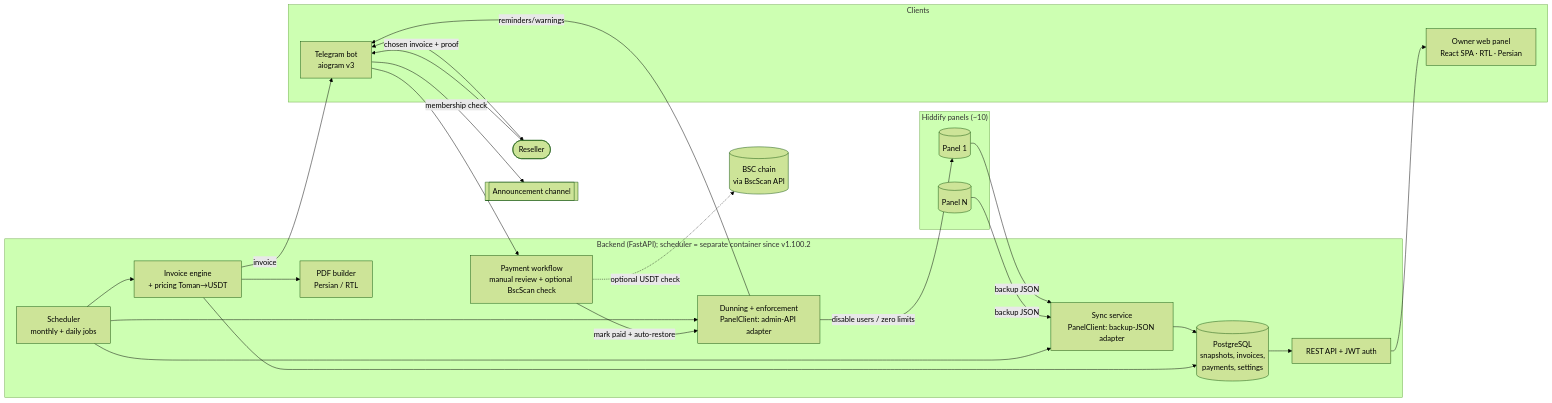
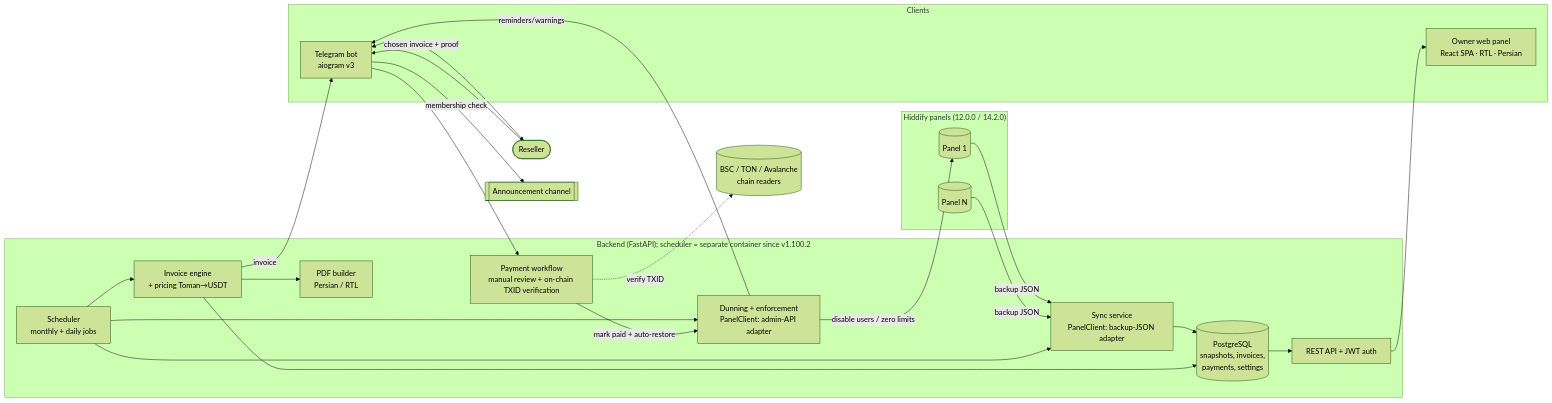
Before and after one commit to Alighaemi9731/hiddify-invoice-system: the first of 3 diagrams in docs/ARCHITECTURE.md, drawn with Mermaid (forest theme). The commit also changed other lines of this file and 1 other file, not shown here.

Commit message:
docs(architecture): align payment and worker diagrams with production - v1.129.2

````diff
--- a/docs/ARCHITECTURE.md
+++ b/docs/ARCHITECTURE.md
@@ -20,47 +22,47 @@
 ```mermaid
 flowchart LR
-    subgraph Panels["Hiddify panels (~10)"]
+    subgraph Panels["Hiddify panels (12.0.0 / 14.2.0)"]
         P1[(Panel 1)]
         P2[(Panel N)]
     end
 
     subgraph Backend["Backend (FastAPI); scheduler = separate container since v1.100.2"]
         SYNC[Sync service<br/>PanelClient: backup-JSON adapter]
         DB[(PostgreSQL<br/>snapshots, invoices,<br/>payments, settings)]
         ENGINE[Invoice engine<br/>+ pricing Toman→USDT]
         PDF[PDF builder<br/>Persian / RTL]
         DUN[Dunning + enforcement<br/>PanelClient: admin-API adapter]
-        PAY[Payment workflow<br/>manual review + optional BscScan check]
+        PAY[Payment workflow<br/>manual review + on-chain TXID verification]
         API[REST API + JWT auth]
         SCHED[Scheduler<br/>monthly + daily jobs]
     end
 
     subgraph Clients
         WEB[Owner web panel<br/>React SPA · RTL · Persian]
         BOT[Telegram bot<br/>aiogram v3]
     end
 
     RESELLER([Reseller])
-    CHAIN[(BSC chain<br/>via BscScan API)]
+    CHAIN[(BSC / TON / Avalanche<br/>chain readers)]
     CHANNEL[[Announcement channel]]
 
     P1 -- backup JSON --> SYNC
     P2 -- backup JSON --> SYNC
     SYNC --> DB
     SCHED --> SYNC
     SCHED --> ENGINE
     SCHED --> DUN
     ENGINE --> DB
     ENGINE --> PDF
     DB --> API
     API --> WEB
     ENGINE -- invoice --> BOT
     DUN -- reminders/warnings --> BOT
     DUN -- disable users / zero limits --> P1
     BOT <--> RESELLER
     BOT -- membership check --> CHANNEL
     RESELLER -- chosen invoice + proof --> BOT
     BOT --> PAY
-    PAY -. optional USDT check .-> CHAIN
+    PAY -. verify TXID .-> CHAIN
     PAY -- mark paid + auto-restore --> DUN
 ```
````
